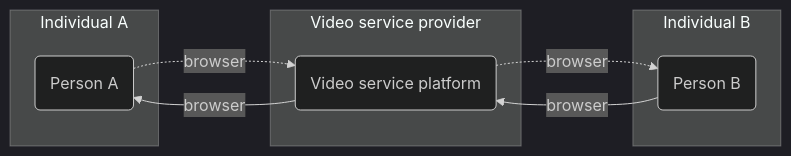
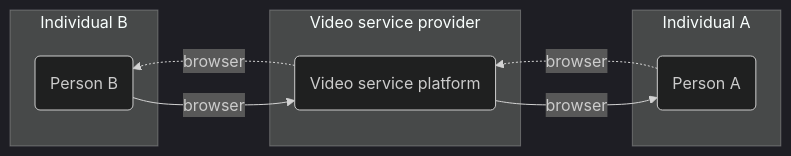
Before and after one commit to ourworldventures/ourworld_books_OLD: the first of 2 diagrams in docs/feasibility_study/src/Capabilities/Communication_video.md, drawn with Mermaid (dark theme). The commit also changed other lines of this file and 49 other files, not shown here.

````diff
--- a/docs/feasibility_study/src/Capabilities/Communication_video.md
+++ b/docs/feasibility_study/src/Capabilities/Communication_video.md
@@ -20,16 +20,16 @@
 ```mermaid
-graph LR
+graph RL
     
     subgraph Individual A
     INDIVIDUALA(Person A)
     end
     INDIVIDUALA .->|browser| MESSAGINGA
     MESSAGINGA -->|browser| INDIVIDUALA
     subgraph Video service provider
     MESSAGINGA(Video service platform)
     end
     INDIVIDUALB(Person B) -->|browser| MESSAGINGA
     subgraph Individual B
     MESSAGINGA .->|browser| INDIVIDUALB
     end
 ```
````
